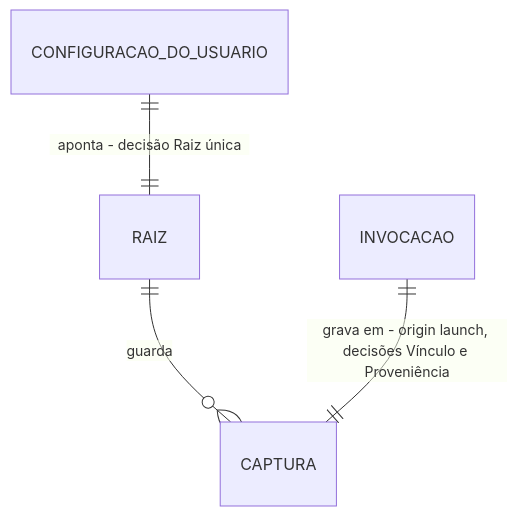
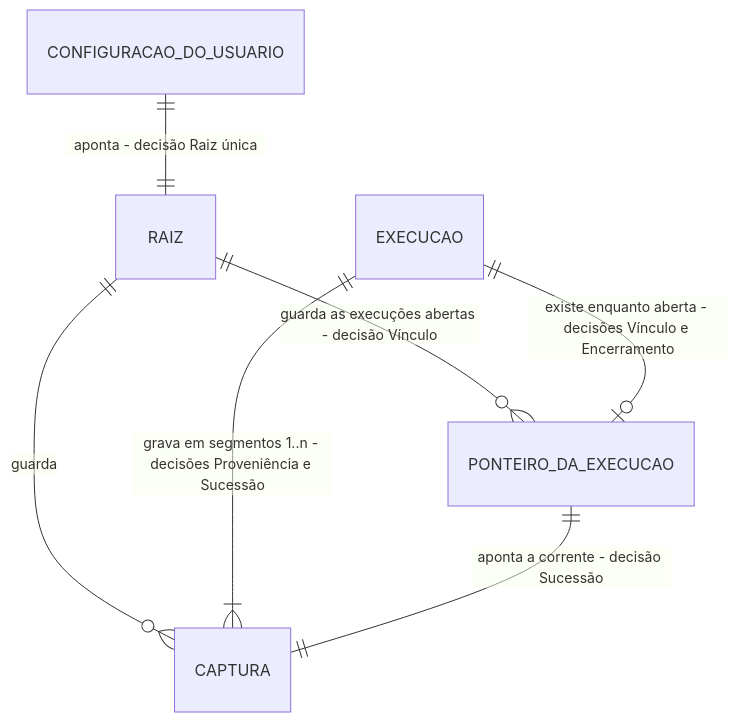
The third of 3 diagrams in .tasks/issue-25-agent-launch.md (oldboydev/skill-me), drawn with Mermaid before and after one commit. The commit also changed other lines of this file and 2 other files, not shown here.

First line of the commit message:
docs(launch): replanejar a issue 25 com capturas sucessivas e extrair o checklist

````diff
--- a/.tasks/issue-25-agent-launch.md
+++ b/.tasks/issue-25-agent-launch.md
@@ -264,6 +300,9 @@
 ```mermaid
 erDiagram
     CONFIGURACAO_DO_USUARIO ||--|| RAIZ : "aponta - decisão Raiz única"
     RAIZ ||--o{ CAPTURA : "guarda"
-    INVOCACAO ||--|| CAPTURA : "grava em - origin launch, decisões Vínculo e Proveniência"
+    RAIZ ||--o{ PONTEIRO_DA_EXECUCAO : "guarda as execuções abertas - decisão Vínculo"
+    EXECUCAO ||--|{ CAPTURA : "grava em segmentos 1..n - decisões Proveniência e Sucessão"
+    EXECUCAO ||--o| PONTEIRO_DA_EXECUCAO : "existe enquanto aberta - decisões Vínculo e Encerramento"
+    PONTEIRO_DA_EXECUCAO ||--|| CAPTURA : "aponta a corrente - decisão Sucessão"
 ```
````
